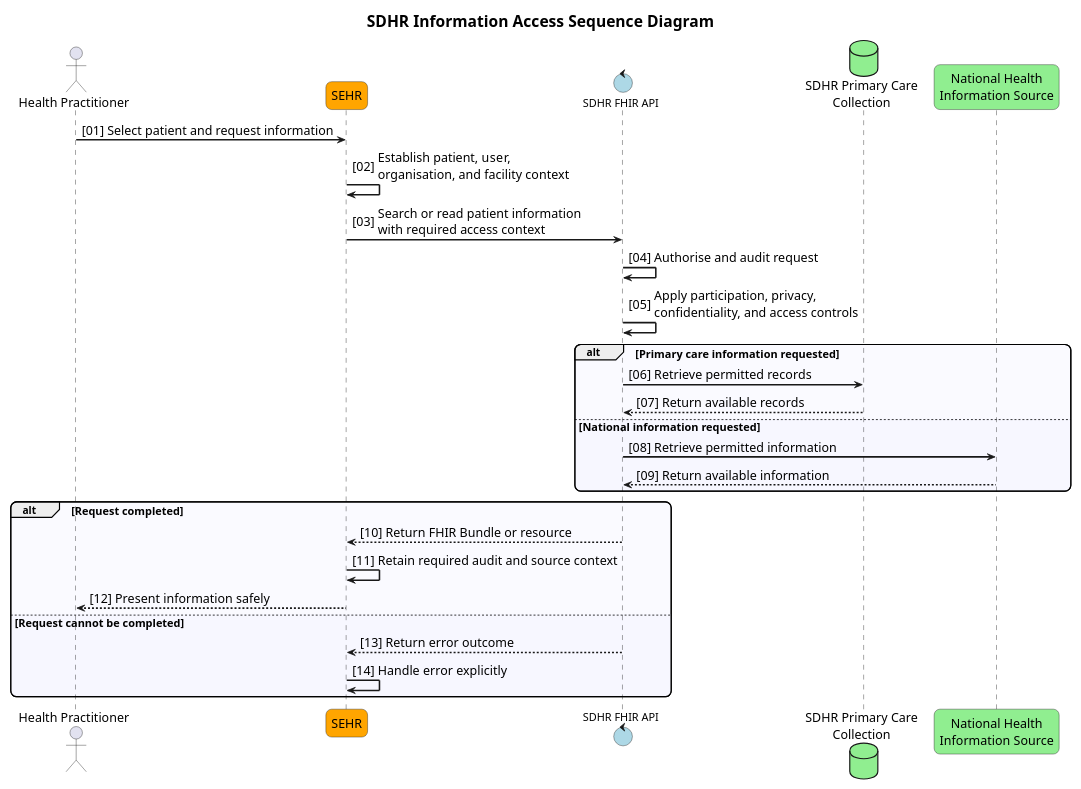
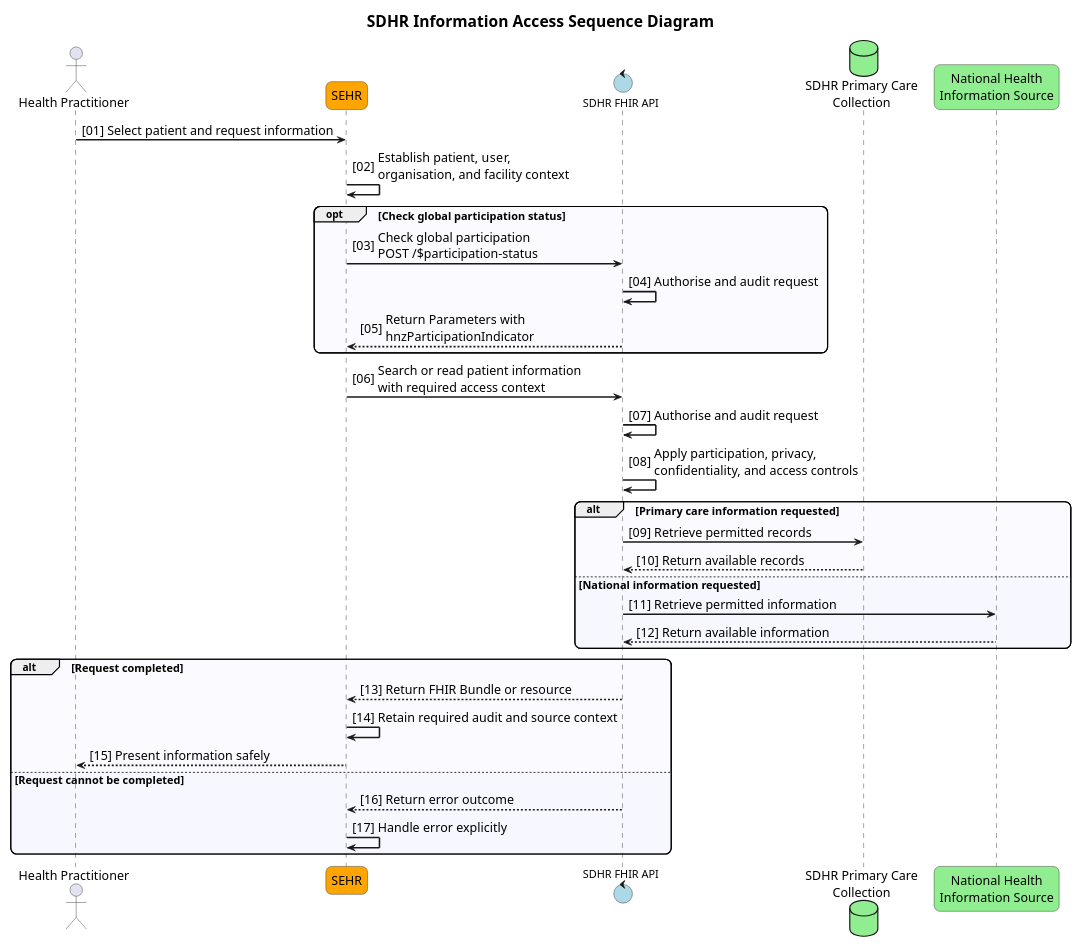
The diagram in input/images-source/access-information-workflow.plantuml (tewhatuora/fhir-sdhr), drawn with PlantUML before and after one commit. The commit also changed 2 other files, not shown here.

Commit message:
Add details of $participation-status to api docs

```diff
--- a/input/images-source/access-information-workflow.plantuml
+++ b/input/images-source/access-information-workflow.plantuml
@@ -1,59 +1,66 @@
 @startuml
 
 title SDHR Information Access Sequence Diagram
 
 autonumber "<color:Black>[00]"
 
 skinparam ActorFontSize 16
 skinparam ArrowFontSize 12
 skinparam ArrowFontSize 16
 skinparam BoxPadding 5
 skinparam DatabaseFontSize 16
 skinparam dpi 400
 skinparam EntityFontSize 16
 skinparam MaxMessageSize 375
 skinparam NoteFontSize 14
 skinparam ParticipantFontSize 16
 skinparam ParticipantPadding 5
 skinparam responseMessageBelowArrow true
 skinparam roundcorner 15
 skinparam sequenceArrowThickness 2
 skinparam SequenceBoxFontSize 16
 skinparam sequencegroupfontsize 14
 skinparam SequenceMessageAlignment left
 skinparam sequenceStyle uml2
 skinparam TitleFontSize 20
 skinparam SequenceGroupBodyBackgroundColor #EEEEFF50
 
 scale max 260 width
 
 actor "Health Practitioner" as USER
 participant "SEHR" as APP #Orange
 control "SDHR FHIR API" as FHIRAPI #LightBlue
 database "SDHR Primary Care\nCollection" as PCC #LightGreen
 participant "National Health\nInformation Source" as NHS #LightGreen
 
 USER -> APP : Select patient and request information
 APP -> APP : Establish patient, user,\norganisation, and facility context
+
+opt Check global participation status
+    APP -> FHIRAPI : Check global participation\nPOST /$participation-status
+    FHIRAPI -> FHIRAPI : Authorise and audit request
+    FHIRAPI --> APP : Return Parameters with\nhnzParticipationIndicator
+end
+
 APP -> FHIRAPI : Search or read patient information\nwith required access context
 FHIRAPI -> FHIRAPI : Authorise and audit request
 FHIRAPI -> FHIRAPI : Apply participation, privacy,\nconfidentiality, and access controls
 
 alt Primary care information requested
     FHIRAPI -> PCC : Retrieve permitted records
     PCC --> FHIRAPI : Return available records
 else National information requested
     FHIRAPI -> NHS : Retrieve permitted information
     NHS --> FHIRAPI : Return available information
 end
 
 alt Request completed
     FHIRAPI --> APP : Return FHIR Bundle or resource
     APP -> APP : Retain required audit and source context
     APP --> USER : Present information safely
 else Request cannot be completed
     FHIRAPI --> APP : Return error outcome
     APP -> APP : Handle error explicitly
 end
 
 @enduml
```
